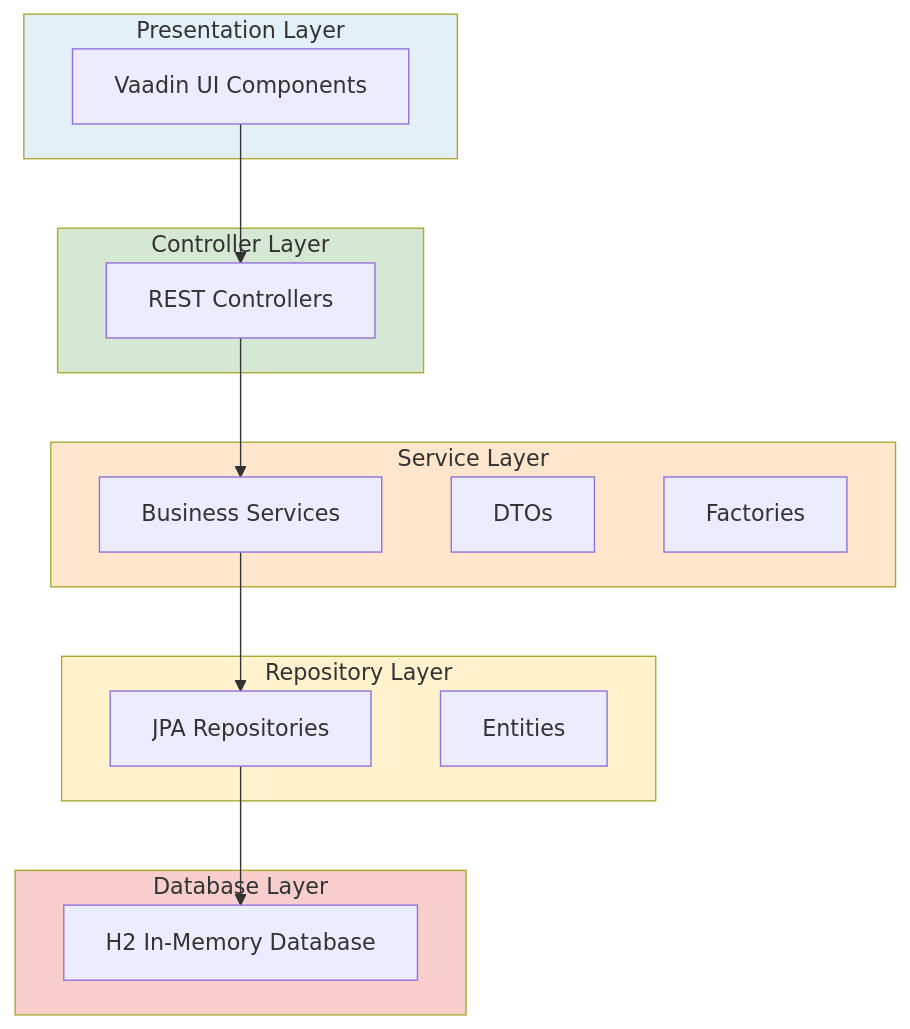
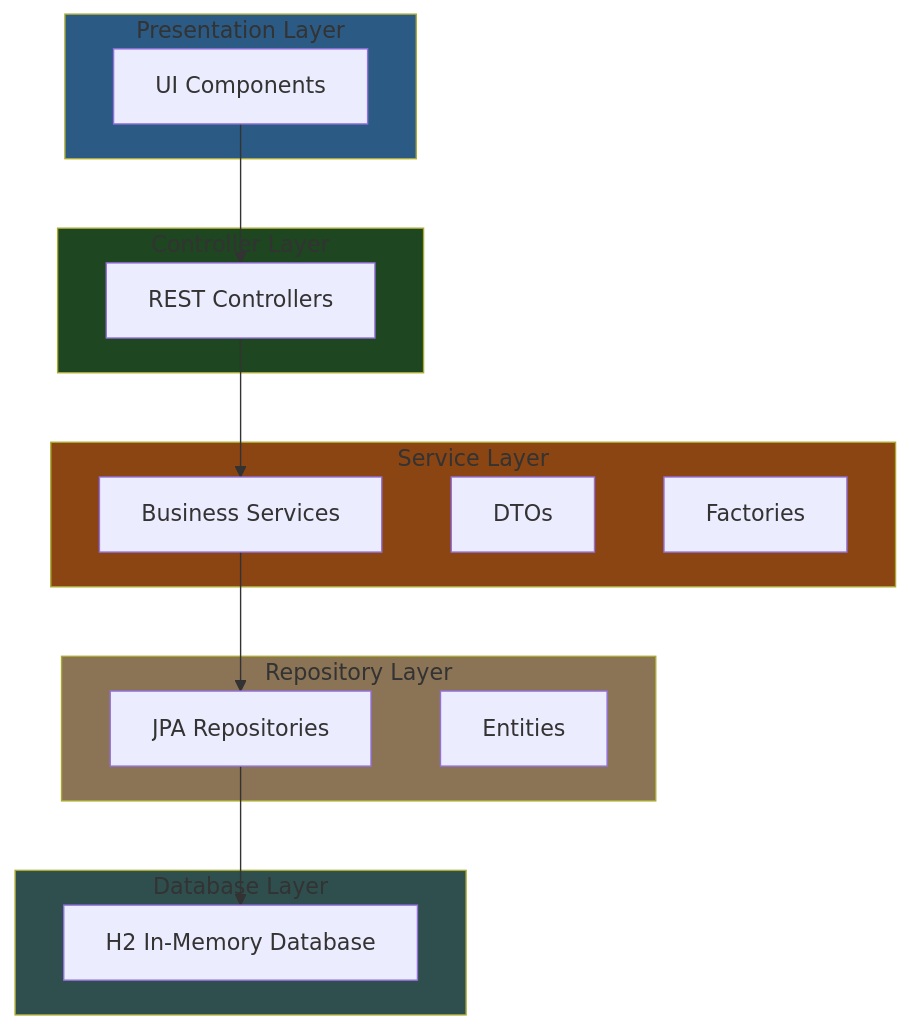
One commit to dmickelson/CarRentalProject changed the first of 2 diagrams in README.md. Above: the diagram before and after it, drawn with Mermaid. The commit also changed other lines of this file, not shown here.

````diff
--- a/README.md
+++ b/README.md
@@ -92,36 +92,37 @@
 ```mermaid
 graph TB
     subgraph UI_Layer[Presentation Layer]
-        UI[Vaadin UI Components]
+        UI[UI Components]
     end
 
     subgraph Controller_Layer[Controller Layer]
         CTRL[REST Controllers]
     end
 
     subgraph Service_Layer[Service Layer]
         SVC[Business Services]
         DTO[DTOs]
         FAC[Factories]
     end
 
     subgraph Repository_Layer[Repository Layer]
         REPO[JPA Repositories]
         ENT[Entities]
     end
 
     subgraph Database_Layer[Database Layer]
         H2[H2 In-Memory Database]
     end
 
     UI --> CTRL
     CTRL --> SVC
     SVC --> REPO
     REPO --> H2
 
-    style UI_Layer fill:#e4f0f8
-    style Controller_Layer fill:#d5e8d4
-    style Service_Layer fill:#ffe6cc
-    style Repository_Layer fill:#fff2cc
-    style Database_Layer fill:#f8cecc
+    style UI_Layer fill:#2B5B84
+    style Controller_Layer fill:#1E4620
+    style Service_Layer fill:#8B4513
+    style Repository_Layer fill:#8B7355
+    style Database_Layer fill:#2F4F4F
+
 ```
````
